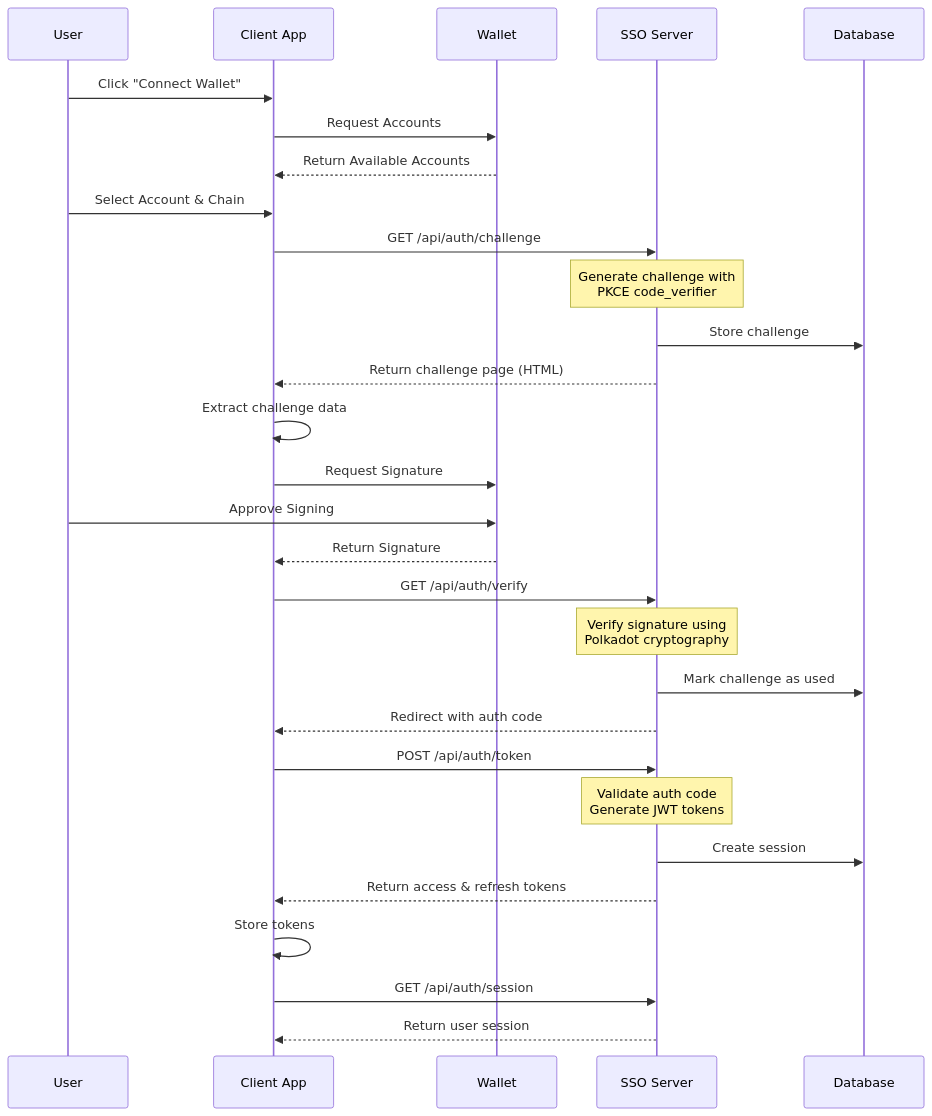
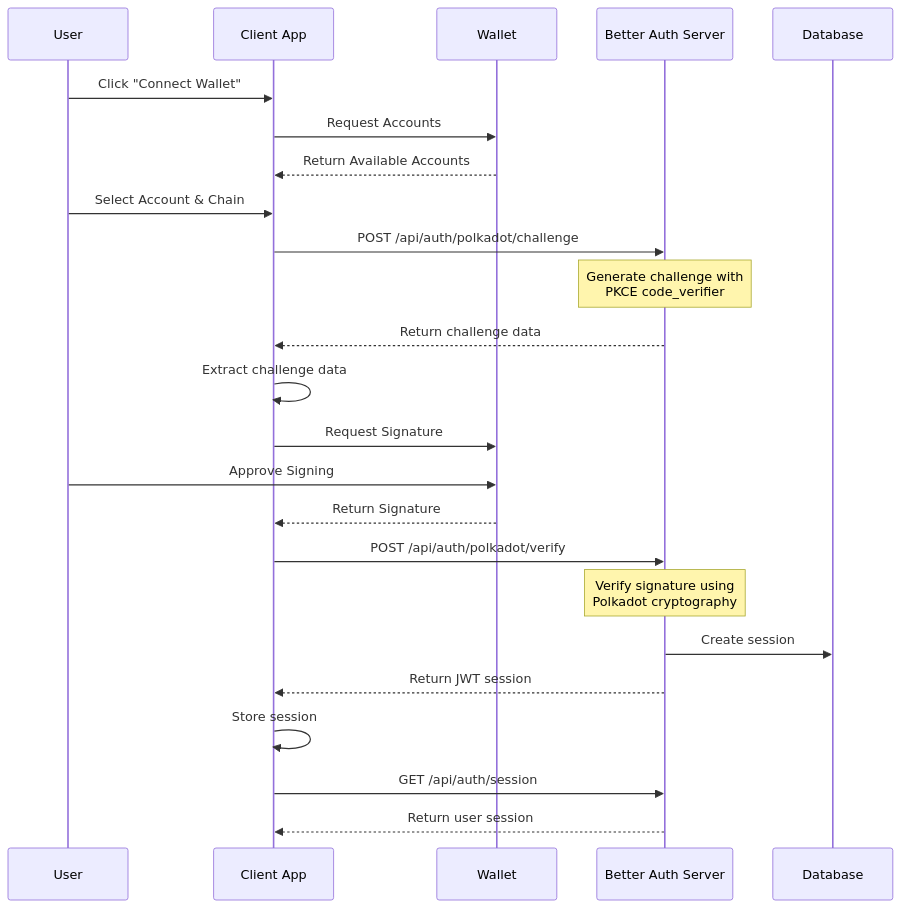
Before and after one commit to CoachCoe/polkadot-sso: the diagram in apps/docs/content/1.implementation/2.authentication-flow.md, drawn with Mermaid. The commit also changed other lines of this file and 88 other files, not shown here.

````diff
--- a/apps/docs/content/1.implementation/2.authentication-flow.md
+++ b/apps/docs/content/1.implementation/2.authentication-flow.md
@@ -12,37 +12,31 @@
 ```mermaid
 sequenceDiagram
     participant User
     participant Client as Client App
     participant Wallet
-    participant SSO as SSO Server
+    participant SSO as Better Auth Server
     participant DB as Database
 
     User->>Client: Click "Connect Wallet"
     Client->>Wallet: Request Accounts
     Wallet-->>Client: Return Available Accounts
     User->>Client: Select Account & Chain
 
-    Client->>SSO: GET /api/auth/challenge
+    Client->>SSO: POST /api/auth/polkadot/challenge
     Note over SSO: Generate challenge with<br/>PKCE code_verifier
-    SSO->>DB: Store challenge
-    SSO-->>Client: Return challenge page (HTML)
+    SSO-->>Client: Return challenge data
 
     Client->>Client: Extract challenge data
     Client->>Wallet: Request Signature
     User->>Wallet: Approve Signing
     Wallet-->>Client: Return Signature
 
-    Client->>SSO: GET /api/auth/verify
+    Client->>SSO: POST /api/auth/polkadot/verify
     Note over SSO: Verify signature using<br/>Polkadot cryptography
-    SSO->>DB: Mark challenge as used
-    SSO-->>Client: Redirect with auth code
+    SSO->>DB: Create session
+    SSO-->>Client: Return JWT session
 
-    Client->>SSO: POST /api/auth/token
-    Note over SSO: Validate auth code<br/>Generate JWT tokens
-    SSO->>DB: Create session
-    SSO-->>Client: Return access & refresh tokens
-
-    Client->>Client: Store tokens
+    Client->>Client: Store session
     Client->>SSO: GET /api/auth/session
     SSO-->>Client: Return user session
 ```
````
